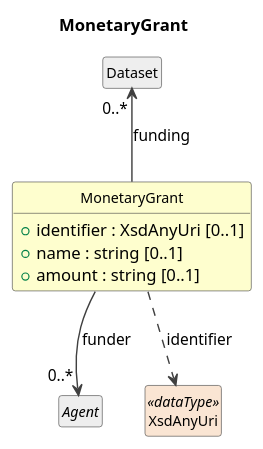
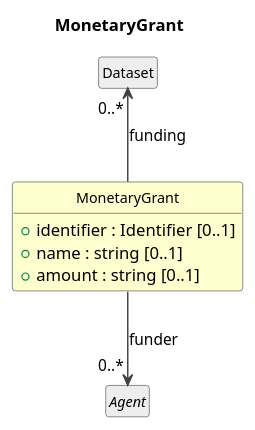
The diagram in build/field-level-documentation/CDIFCore/Classes/MonetaryGrant.pu (Cross-Domain-Interoperability-Framework/metadataBuildingBlocks), drawn with PlantUML before and after one commit. The commit also changed 411 other files, not shown here.

```diff
--- a/build/field-level-documentation/CDIFCore/Classes/MonetaryGrant.pu
+++ b/build/field-level-documentation/CDIFCore/Classes/MonetaryGrant.pu
@@ -1,25 +1,23 @@
 @startuml
 title MonetaryGrant
 hide circle
 hide empty members
 skinparam shadowing false
 skinparam ArrowThickness 1.2
 skinparam class {
   ArrowColor #404040
   BorderColor #404040
   FontSize 12
 }
 
 class "MonetaryGrant" as MonetaryGrant #FEFECE {
-  +identifier : XsdAnyUri [0..1]
+  +identifier : Identifier [0..1]
   +name : string [0..1]
   +amount : string [0..1]
 }
 class "Dataset" as Dataset #EEEEEE
 Dataset "0..*" <-- MonetaryGrant : funding
 abstract class "Agent" as Agent #EEEEEE
 MonetaryGrant --> "0..*" Agent : funder
-class "XsdAnyUri" as XsdAnyUri <<dataType>> #FAE5D3
-MonetaryGrant ..> XsdAnyUri : identifier
 
 @enduml
```
